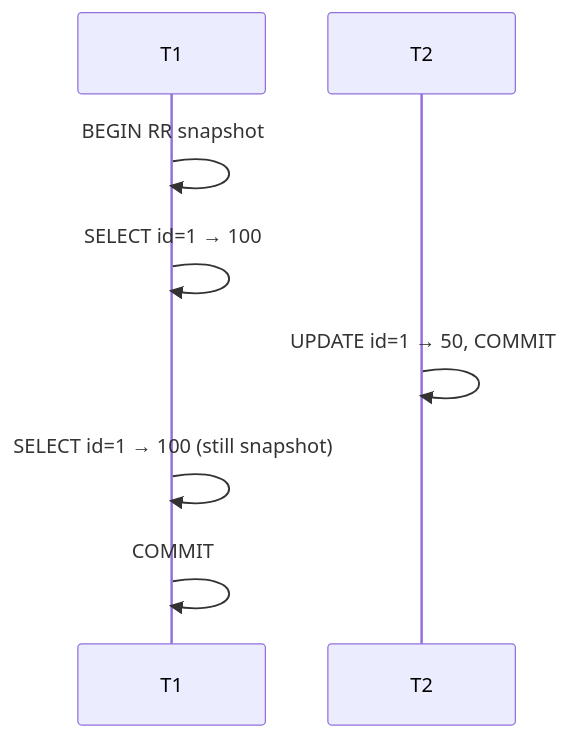
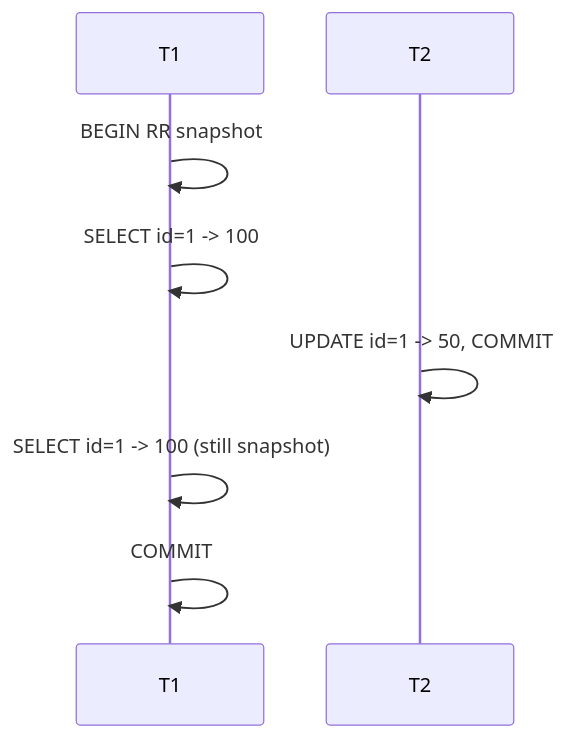
The eighth of 21 diagrams in 02-databases/README.md (hareramcse/SystemDesign), drawn with Mermaid before and after one commit. The commit also changed other lines of this file and 14 other files, not shown here.

````diff
--- a/02-databases/README.md
+++ b/02-databases/README.md
@@ -614,10 +614,10 @@
 ```mermaid
 sequenceDiagram
     participant T1
     participant T2
     T1->>T1: BEGIN RR snapshot
-    T1->>T1: SELECT id=1 → 100
-    T2->>T2: UPDATE id=1 → 50, COMMIT
-    T1->>T1: SELECT id=1 → 100 (still snapshot)
+    T1->>T1: SELECT id=1 -> 100
+    T2->>T2: UPDATE id=1 -> 50, COMMIT
+    T1->>T1: SELECT id=1 -> 100 (still snapshot)
     T1->>T1: COMMIT
 ```
````
